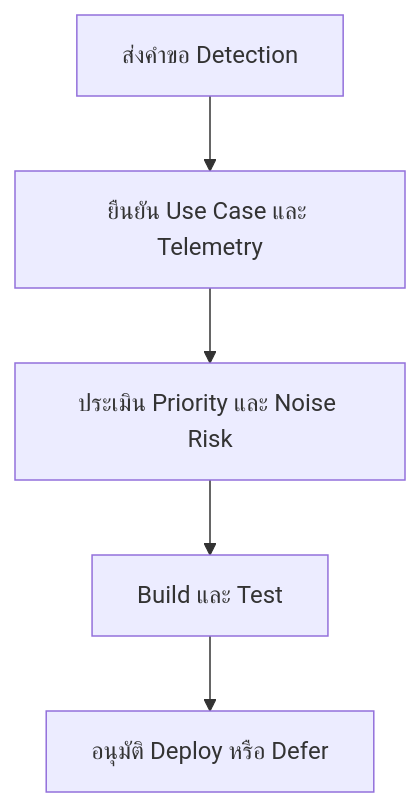
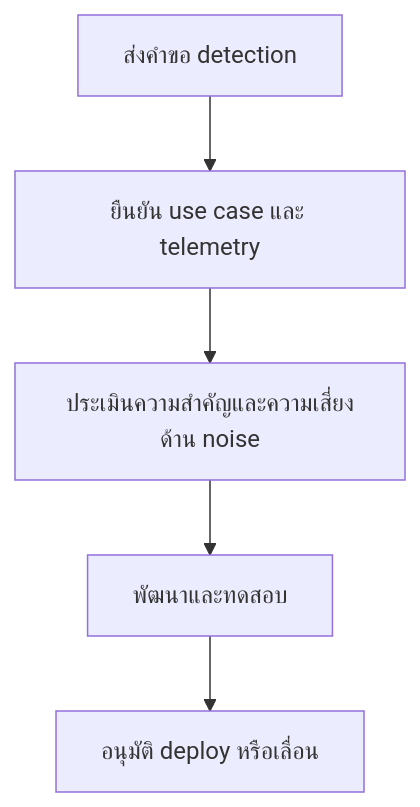
Before and after one commit to nutthakorn7/SOC-Standard-Operating-Procedures: the diagram in 11_Reporting_Templates/Detection_Request_Template.th.md, drawn with Mermaid. The commit also changed other lines of this file and 20 other files, not shown here.

````diff
--- a/11_Reporting_Templates/Detection_Request_Template.th.md
+++ b/11_Reporting_Templates/Detection_Request_Template.th.md
@@ -6,7 +6,7 @@
 ```mermaid
 graph TD
-    A["ส่งคำขอ Detection"] --> B["ยืนยัน Use Case และ Telemetry"]
-    B --> C["ประเมิน Priority และ Noise Risk"]
-    C --> D["Build และ Test"]
-    D --> E["อนุมัติ Deploy หรือ Defer"]
+    A["ส่งคำขอ detection"] --> B["ยืนยัน use case และ telemetry"]
+    B --> C["ประเมินความสำคัญและความเสี่ยงด้าน noise"]
+    C --> D["พัฒนาและทดสอบ"]
+    D --> E["อนุมัติ deploy หรือเลื่อน"]
 ```
````
